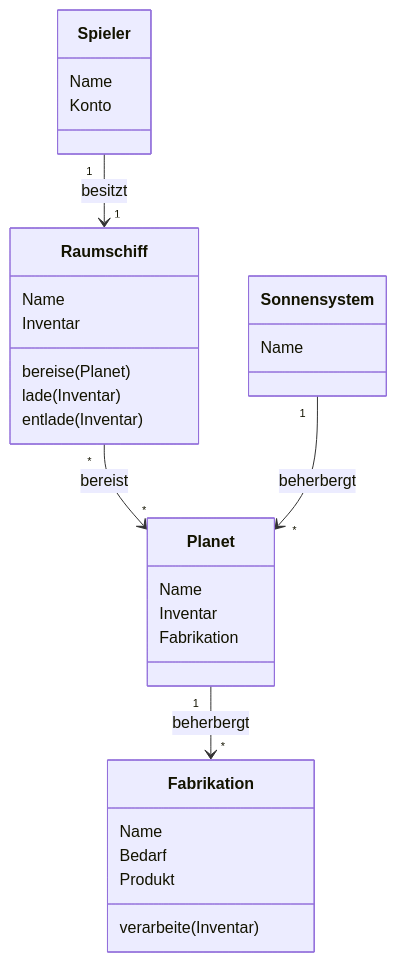
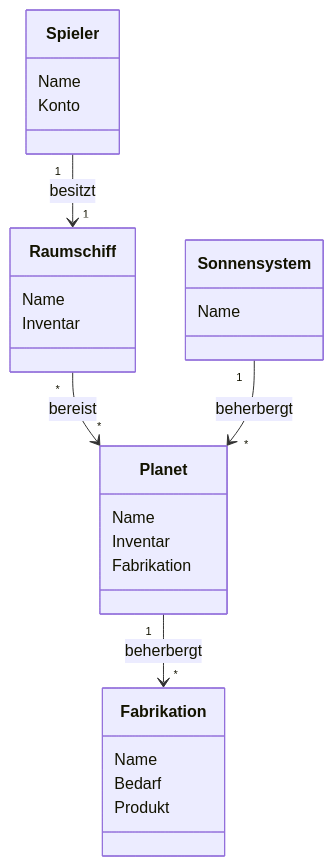
One commit to alexanderschramm1992/space-realm changed the diagram in README.md. Above: the diagram before and after it, drawn with Mermaid.

Commit message:
Update README.md
Vereinfache MVP Diagramm

````diff
--- a/README.md
+++ b/README.md
@@ -24,27 +24,23 @@
 ```mermaid
 classDiagram
 class Spieler
   Spieler : Name
   Spieler : Konto
 class Raumschiff
   Raumschiff : Name
   Raumschiff : Inventar
-  Raumschiff : bereise (Planet)
-  Raumschiff : lade (Inventar)
-  Raumschiff : entlade (Inventar)
 class Sonnensystem
   Sonnensystem : Name
 class Planet
   Planet : Name
   Planet : Inventar
   Planet : Fabrikation
 class Fabrikation
   Fabrikation : Name
   Fabrikation : Bedarf
   Fabrikation : Produkt
-  Fabrikation : verarbeite (Inventar)
 Spieler "1" --> "1" Raumschiff : besitzt
 Raumschiff "*" --> "*" Planet : bereist
 Sonnensystem "1" --> "*" Planet : beherbergt
 Planet "1" --> "*" Fabrikation : beherbergt
 ```
````
